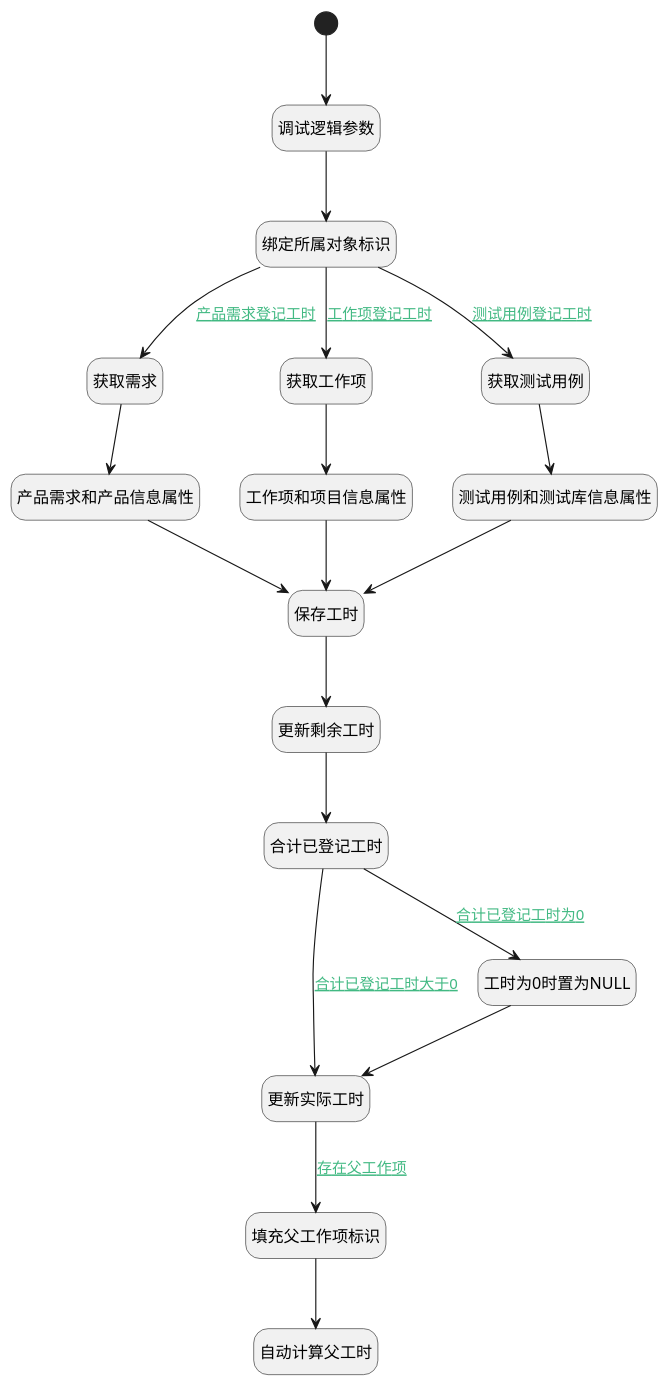
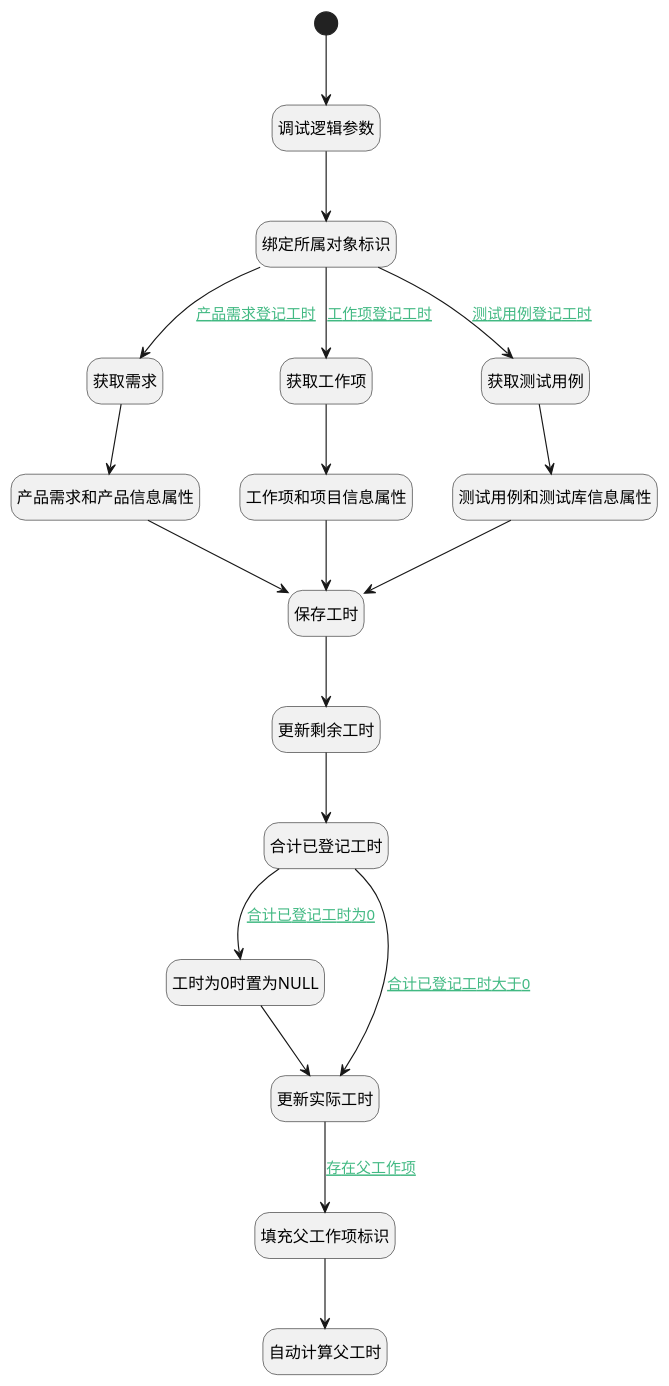
Before and after one commit to iBizLab/plm: the diagram in doc/docsify/module/Base/workload/logic/save_workload.md, drawn with PlantUML. The commit also changed other lines of this file and 1473 other files, not shown here.

````diff
--- a/doc/docsify/module/Base/workload/logic/save_workload.md
+++ b/doc/docsify/module/Base/workload/logic/save_workload.md
@@ -7,50 +7,50 @@
 ```plantuml
 @startuml
 hide empty description
 <style>
 root {
   HyperlinkColor #42b983
 }
 </style>
 
 hide empty description
 state "开始" as Begin <<start>> [[$./save_workload#begin {"开始"}]]
 state "调试逻辑参数" as DEBUGPARAM1  [[$./save_workload#debugparam1 {"调试逻辑参数"}]]
 state "绑定所属对象标识" as PREPAREPARAM2  [[$./save_workload#prepareparam2 {"绑定所属对象标识"}]]
 state "获取需求" as DEACTION3  [[$./save_workload#deaction3 {"获取需求"}]]
 state "获取工作项" as DEACTION4  [[$./save_workload#deaction4 {"获取工作项"}]]
 state "获取测试用例" as DEACTION5  [[$./save_workload#deaction5 {"获取测试用例"}]]
 state "工作项和项目信息属性" as PREPAREPARAM3  [[$./save_workload#prepareparam3 {"工作项和项目信息属性"}]]
 state "产品需求和产品信息属性" as PREPAREPARAM4  [[$./save_workload#prepareparam4 {"产品需求和产品信息属性"}]]
 state "测试用例和测试库信息属性" as PREPAREPARAM5  [[$./save_workload#prepareparam5 {"测试用例和测试库信息属性"}]]
 state "保存工时" as DEACTION2  [[$./save_workload#deaction2 {"保存工时"}]]
 state "更新剩余工时" as DEACTION6  [[$./save_workload#deaction6 {"更新剩余工时"}]]
+state "工时为0时置为NULL" as PREPAREPARAM6  [[$./save_workload#prepareparam6 {"工时为0时置为NULL"}]]
 state "合计已登记工时" as RAWSQLCALL1  [[$./save_workload#rawsqlcall1 {"合计已登记工时"}]]
 state "更新实际工时" as DEACTION7  [[$./save_workload#deaction7 {"更新实际工时"}]]
 state "填充父工作项标识" as PREPAREPARAM7  [[$./save_workload#prepareparam7 {"填充父工作项标识"}]]
 state "自动计算父工时" as DELOGIC1  [[$./save_workload#delogic1 {"自动计算父工时"}]]
-state "工时为0时置为NULL" as PREPAREPARAM6  [[$./save_workload#prepareparam6 {"工时为0时置为NULL"}]]
 
 
 Begin --> DEBUGPARAM1
 DEBUGPARAM1 --> PREPAREPARAM2
 PREPAREPARAM2 --> DEACTION3 : [[$./save_workload#prepareparam2-deaction3{产品需求登记工时} 产品需求登记工时]]
 DEACTION3 --> PREPAREPARAM4
 PREPAREPARAM4 --> DEACTION2
 DEACTION2 --> DEACTION6
 DEACTION6 --> RAWSQLCALL1
 RAWSQLCALL1 --> DEACTION7 : [[$./save_workload#rawsqlcall1-deaction7{合计已登记工时大于0} 合计已登记工时大于0]]
 DEACTION7 --> PREPAREPARAM7 : [[$./save_workload#deaction7-prepareparam7{存在父工作项} 存在父工作项]]
 PREPAREPARAM7 --> DELOGIC1
 RAWSQLCALL1 --> PREPAREPARAM6 : [[$./save_workload#rawsqlcall1-prepareparam6{合计已登记工时为0} 合计已登记工时为0]]
 PREPAREPARAM6 --> DEACTION7
 PREPAREPARAM2 --> DEACTION4 : [[$./save_workload#prepareparam2-deaction4{工作项登记工时} 工作项登记工时]]
 DEACTION4 --> PREPAREPARAM3
 PREPAREPARAM3 --> DEACTION2
 PREPAREPARAM2 --> DEACTION5 : [[$./save_workload#prepareparam2-deaction5{测试用例登记工时} 测试用例登记工时]]
 DEACTION5 --> PREPAREPARAM5
 PREPAREPARAM5 --> DEACTION2
 
 
 @enduml
 ```
````
